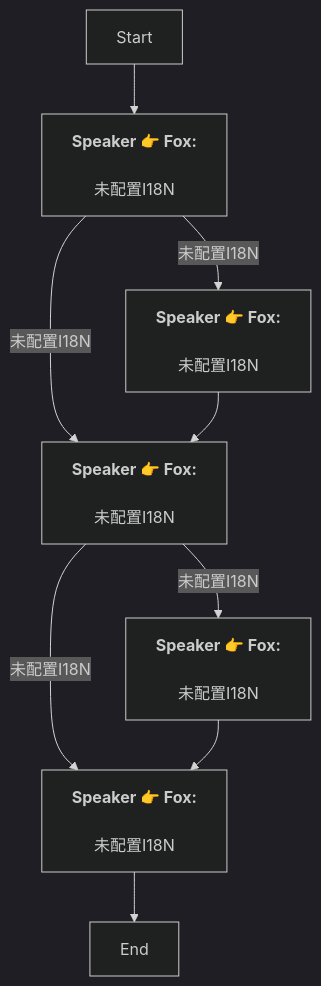
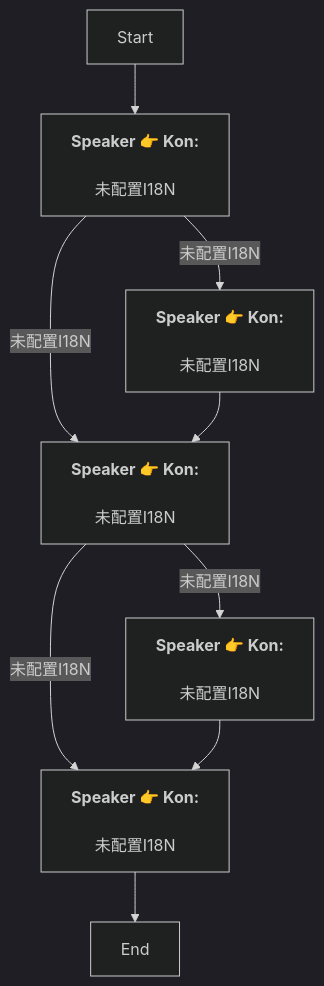
One commit to SoftHu/tos_avg changed the diagram in En/QuestStartTalkENode_1775690120244619.md. Above: the diagram before and after it, drawn with Mermaid (dark theme). The commit also changed 730 other files, not shown here.

````diff
--- a/En/QuestStartTalkENode_1775690120244619.md
+++ b/En/QuestStartTalkENode_1775690120244619.md
@@ -1,19 +1,19 @@
 ```mermaid
 graph
-Start -->1775690141534606[<b>Speaker 👉 Fox:</b>
+Start -->1775690141534606[<b>Speaker 👉 Kon:</b>
 \n未配置I18N]
-1775690141534606 -->|未配置I18N|1775690225060252[<b>Speaker 👉 Fox:</b>
+1775690141534606 -->|未配置I18N|1775690225060252[<b>Speaker 👉 Kon:</b>
 \n未配置I18N]
-1775690141534606 -->|未配置I18N|1775690196419994[<b>Speaker 👉 Fox:</b>
+1775690141534606 -->|未配置I18N|1775690196419994[<b>Speaker 👉 Kon:</b>
 \n未配置I18N]
-1775690196419994 -->1775690225060252[<b>Speaker 👉 Fox:</b>
+1775690196419994 -->1775690225060252[<b>Speaker 👉 Kon:</b>
 \n未配置I18N]
-1775690225060252 -->|未配置I18N|1775690304848295[<b>Speaker 👉 Fox:</b>
+1775690225060252 -->|未配置I18N|1775690304848295[<b>Speaker 👉 Kon:</b>
 \n未配置I18N]
-1775690225060252 -->|未配置I18N|1775690276290981[<b>Speaker 👉 Fox:</b>
+1775690225060252 -->|未配置I18N|1775690276290981[<b>Speaker 👉 Kon:</b>
 \n未配置I18N]
-1775690276290981 -->1775690304848295[<b>Speaker 👉 Fox:</b>
+1775690276290981 -->1775690304848295[<b>Speaker 👉 Kon:</b>
 \n未配置I18N]
 1775690304848295 -->1775690344253866[End]
 
 ```
````
